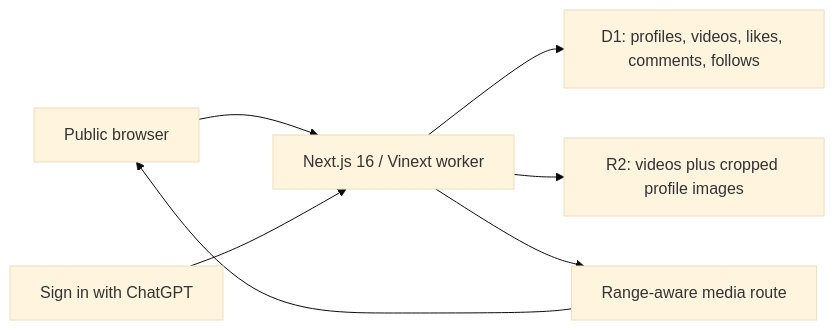
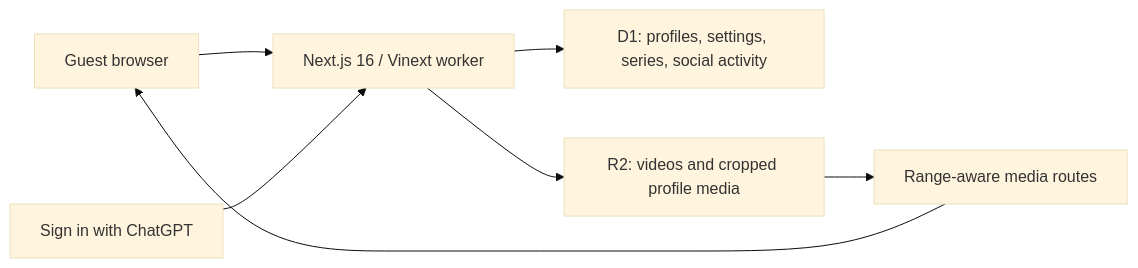
The diagram in README.md (IamOumarIbrahim/pumblo), drawn with Mermaid (base theme) before and after one commit. The commit also changed other lines of this file and 64 other files, not shown here.

````diff
--- a/README.md
+++ b/README.md
@@ -84,9 +104,9 @@
 ```mermaid
 flowchart LR
-    B["Public browser"] --> W["Next.js 16 / Vinext worker"]
+    G["Guest browser"] --> W["Next.js 16 / Vinext worker"]
     A["Sign in with ChatGPT"] --> W
-    W --> D["D1: profiles, videos, likes, comments, follows"]
-    W --> R["R2: videos plus cropped profile images"]
-    W --> M["Range-aware media route"]
-    M --> B
+    W --> D["D1: profiles, settings, series, social activity"]
+    W --> R["R2: videos and cropped profile media"]
+    R --> M["Range-aware media routes"]
+    M --> G
 ```
````
